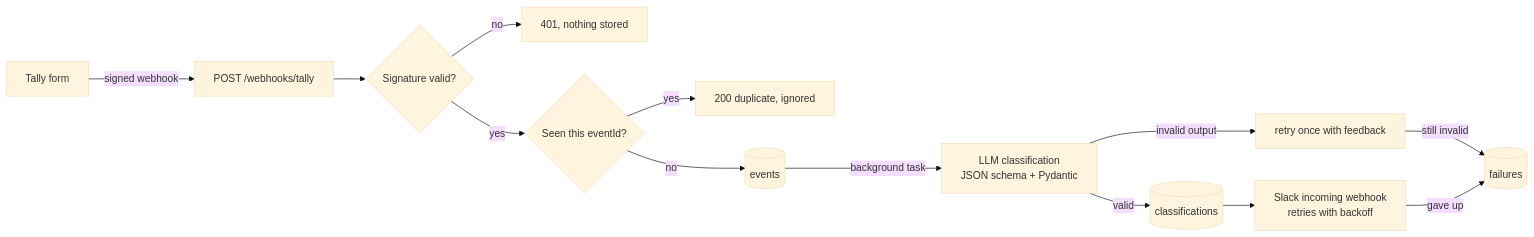
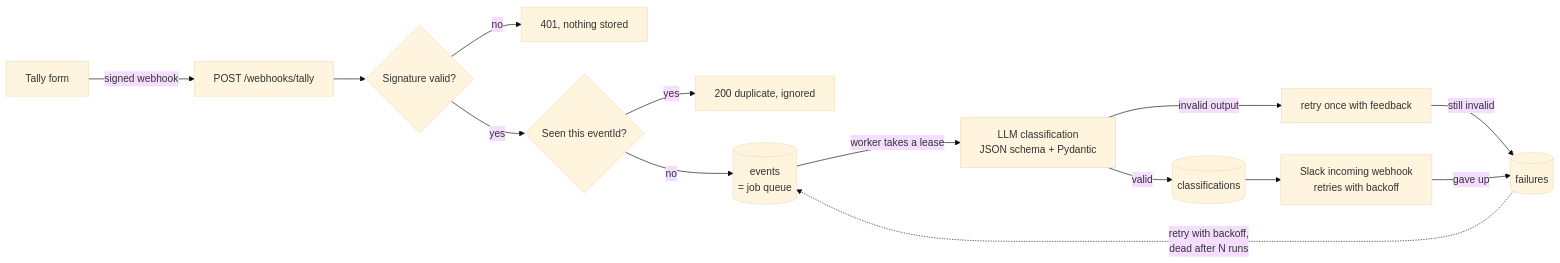
One commit to roy032/supportflow changed the diagram in README.md. Above: the diagram before and after it, drawn with Mermaid (base theme). The commit also changed other lines of this file and 22 other files, not shown here.

First line of the commit message:
Add Alembic migrations and a durable job queue with automatic retries

````diff
--- a/README.md
+++ b/README.md
@@ -9,15 +9,16 @@
 ```mermaid
 flowchart LR
     A[Tally form] -->|signed webhook| B[POST /webhooks/tally]
     B --> C{Signature valid?}
     C -->|no| X[401, nothing stored]
     C -->|yes| D{Seen this eventId?}
     D -->|yes| Y[200 duplicate, ignored]
-    D -->|no| E[(events)]
-    E -->|background task| F[LLM classification<br/>JSON schema + Pydantic]
+    D -->|no| E[(events<br/>= job queue)]
+    E -->|worker takes a lease| F[LLM classification<br/>JSON schema + Pydantic]
     F -->|invalid output| G[retry once with feedback]
     G -->|still invalid| H[(failures)]
     F -->|valid| I[(classifications)]
     I --> J[Slack incoming webhook<br/>retries with backoff]
     J -->|gave up| H
+    H -.->|retry with backoff,<br/>dead after N runs| E
 ```
````
